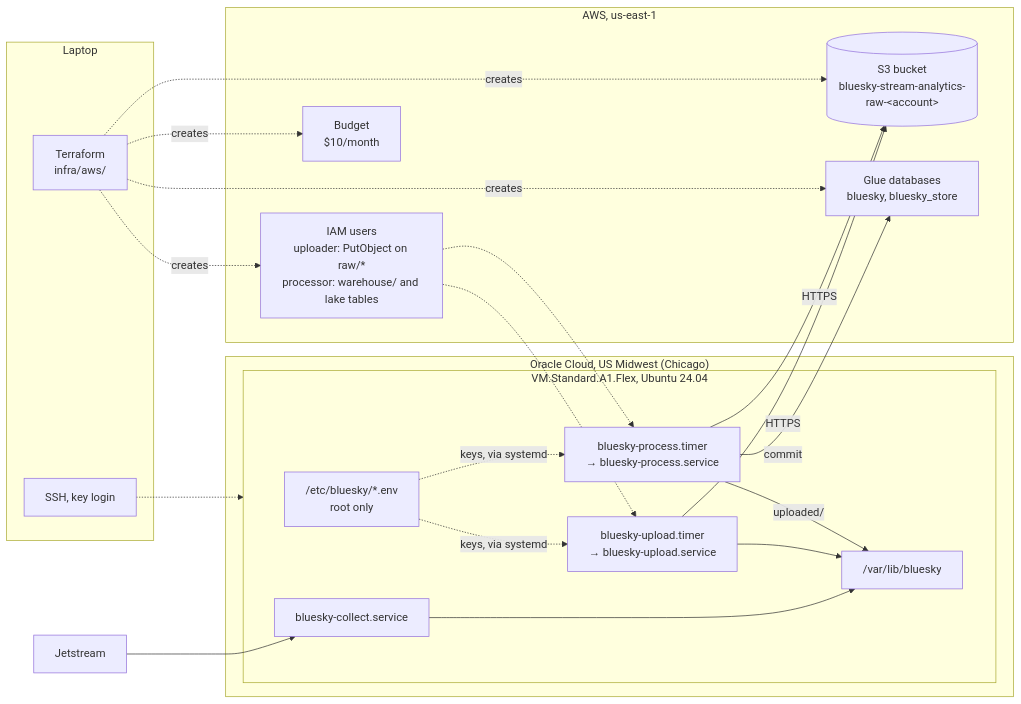
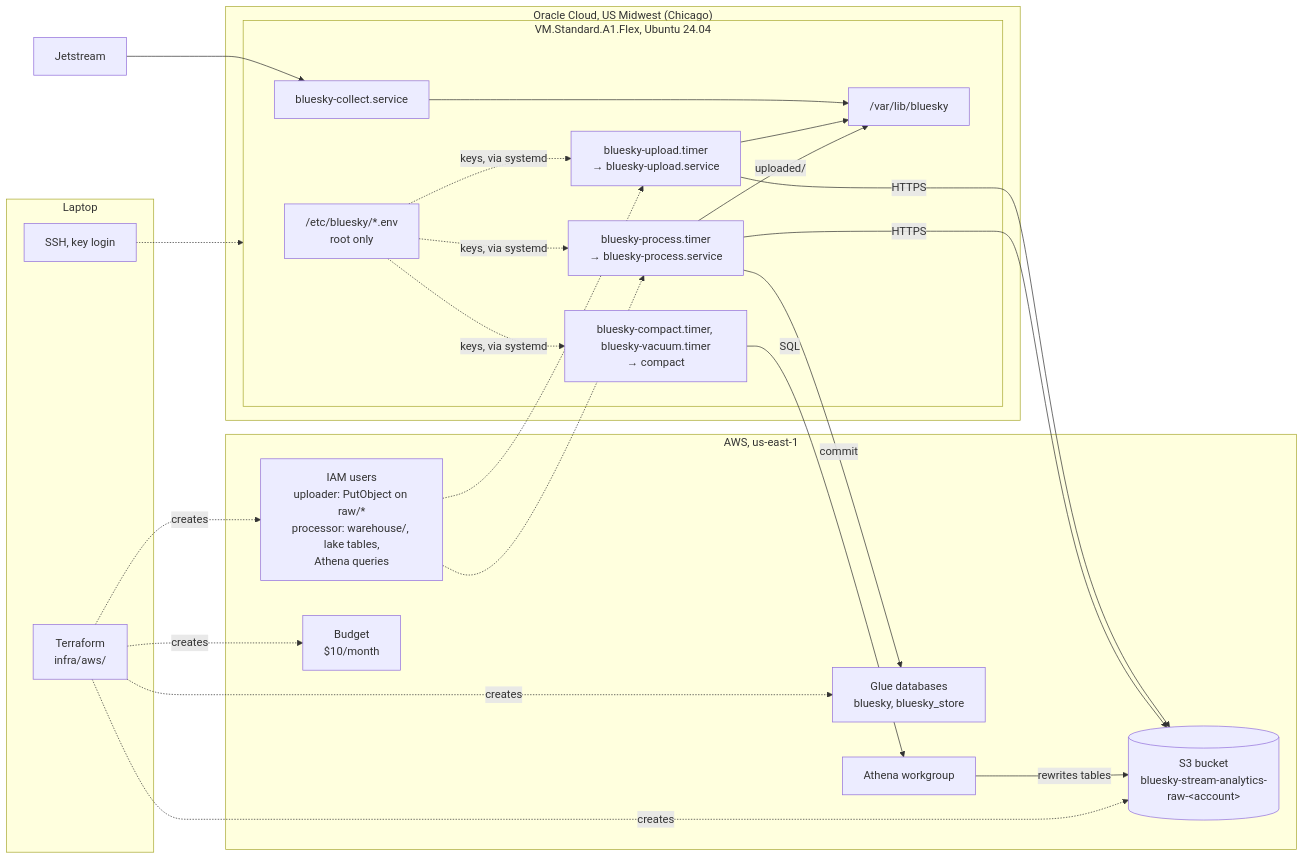
Before and after one commit to dhirajkk91/bluesky-stream-analytics: the diagram in docs/architectures/infrastructure.md, drawn with Mermaid. The commit also changed other lines of this file and 19 other files, not shown here.

````diff
--- a/docs/architectures/infrastructure.md
+++ b/docs/architectures/infrastructure.md
@@ -9,41 +9,46 @@
 ```mermaid
 flowchart LR
     subgraph Laptop["Laptop"]
         TF["Terraform<br/>infra/aws/"]
         SSH["SSH, key login"]
     end
 
     subgraph OCI["Oracle Cloud, US Midwest (Chicago)"]
         subgraph VM["VM.Standard.A1.Flex, Ubuntu 24.04"]
             C["bluesky-collect.service"]
             U["bluesky-upload.timer<br/>→ bluesky-upload.service"]
             P["bluesky-process.timer<br/>→ bluesky-process.service"]
+            K["bluesky-compact.timer, bluesky-vacuum.timer<br/>→ compact"]
             D["/var/lib/bluesky"]
             E["/etc/bluesky/*.env<br/>root only"]
         end
     end
 
     subgraph AWS["AWS, us-east-1"]
         S3[("S3 bucket<br/>bluesky-stream-analytics-raw-&lt;account&gt;")]
-        IAM["IAM users<br/>uploader: PutObject on raw/*<br/>processor: warehouse/ and lake tables"]
+        IAM["IAM users<br/>uploader: PutObject on raw/*<br/>processor: warehouse/, lake tables,<br/>Athena queries"]
         GL["Glue databases<br/>bluesky, bluesky_store"]
+        AT["Athena workgroup"]
         B["Budget<br/>$10/month"]
     end
 
     J["Jetstream"] --> C
     C --> D
     U --> D
     E -.->|"keys, via systemd"| U
     E -.->|"keys, via systemd"| P
     U -->|"HTTPS"| S3
     P -->|"uploaded/"| D
     P -->|"HTTPS"| S3
     P -->|"commit"| GL
+    E -.->|"keys, via systemd"| K
+    K -->|"SQL"| AT
+    AT -->|"rewrites tables"| S3
     IAM -.-> U
     IAM -.-> P
     TF -.->|creates| S3
     TF -.->|creates| IAM
     TF -.->|creates| B
     TF -.->|creates| GL
     SSH -.-> VM
 ```
````
